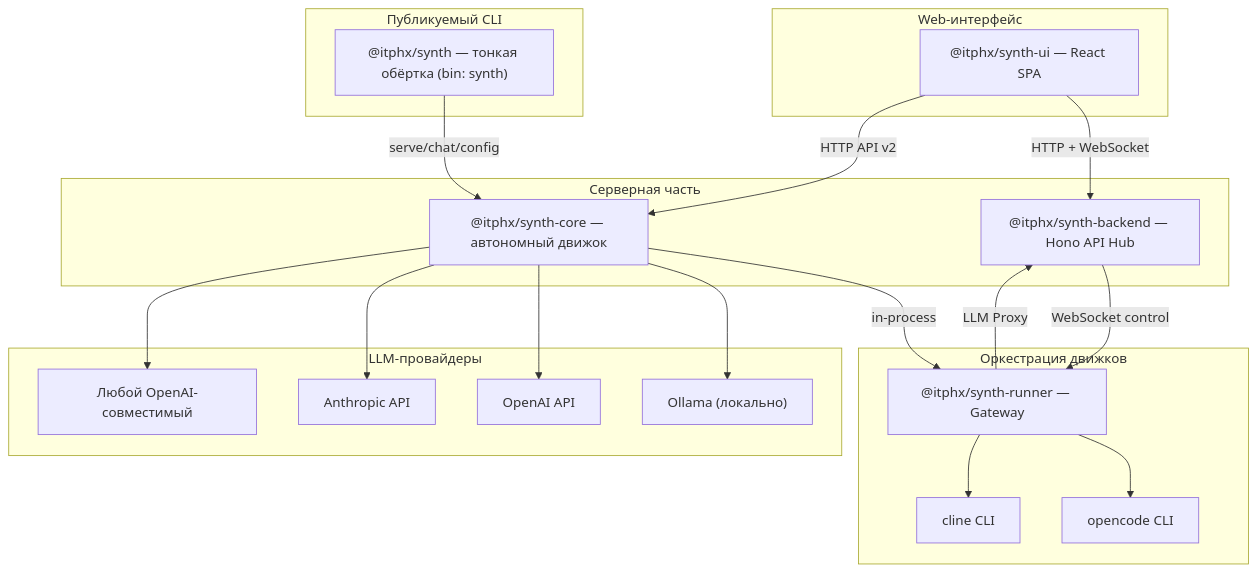
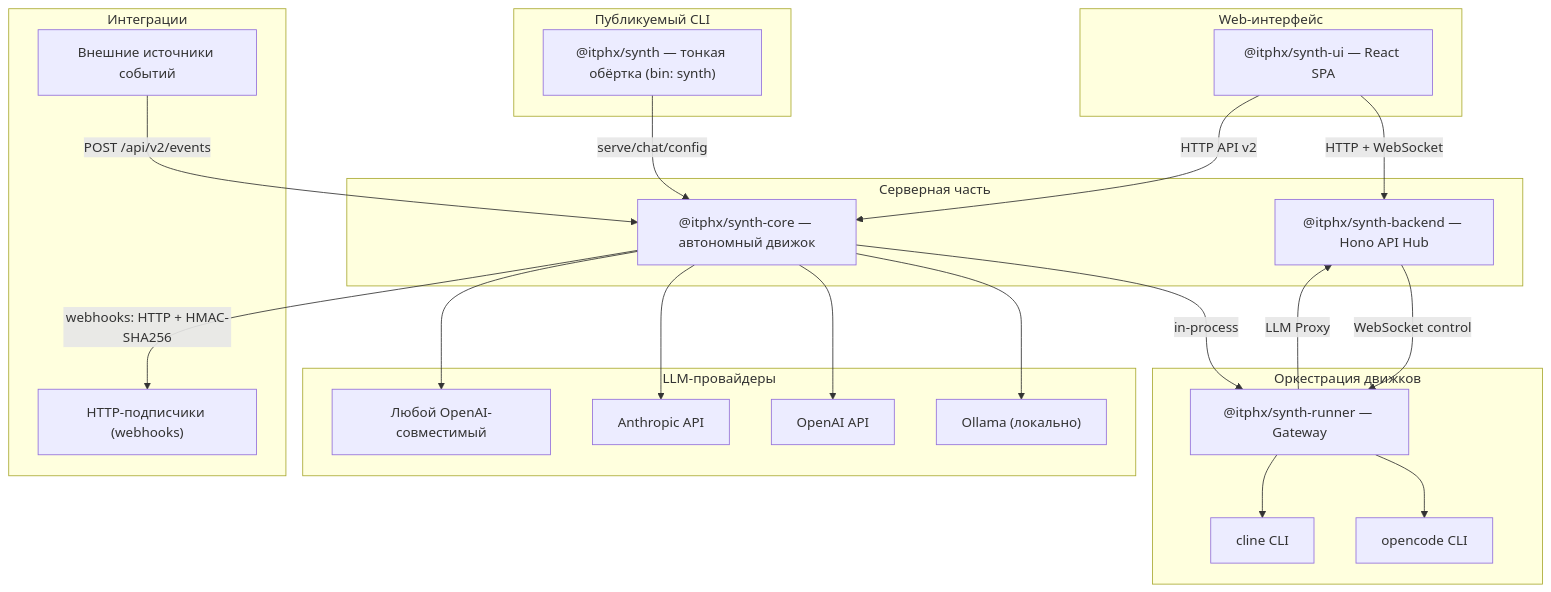
One commit to itphx/synth changed the first of 2 diagrams in docs/ARCHITECTURE.md. Above: the diagram before and after it, drawn with Mermaid. The commit also changed other lines of this file and 17 other files, not shown here.

````diff
--- a/docs/ARCHITECTURE.md
+++ b/docs/ARCHITECTURE.md
@@ -22,45 +22,53 @@
 ```mermaid
 flowchart TB
     subgraph UI["Web-интерфейс"]
         synth_ui["@itphx/synth-ui — React SPA"]
     end
 
     subgraph Server["Серверная часть"]
         synth_backend["@itphx/synth-backend — Hono API Hub"]
         synth_core["@itphx/synth-core — автономный движок"]
     end
 
     subgraph Runner["Оркестрация движков"]
         synth_runner["@itphx/synth-runner — Gateway"]
         opencode["opencode CLI"]
         cline["cline CLI"]
     end
 
     subgraph CLI["Публикуемый CLI"]
         synth_cli["@itphx/synth — тонкая обёртка (bin: synth)"]
     end
 
     subgraph LLM["LLM-провайдеры"]
         ollama["Ollama (локально)"]
         openai["OpenAI API"]
         anthropic["Anthropic API"]
         providers["Любой OpenAI-совместимый"]
     end
 
+    subgraph Integrations["Интеграции"]
+        event_sources["Внешние источники событий"]
+        webhook_targets["HTTP-подписчики (webhooks)"]
+    end
+
     synth_ui -->|HTTP + WebSocket| synth_backend
     synth_ui -->|HTTP API v2| synth_core
 
     synth_cli -->|serve/chat/config| synth_core
 
     synth_backend -->|WebSocket control| synth_runner
     synth_core -->|in-process| synth_runner
 
     synth_runner --> opencode
     synth_runner --> cline
     synth_runner -->|LLM Proxy| synth_backend
 
     synth_core --> ollama
     synth_core --> openai
     synth_core --> anthropic
     synth_core --> providers
+
+    event_sources -->|POST /api/v2/events| synth_core
+    synth_core -->|webhooks: HTTP + HMAC-SHA256| webhook_targets
 ```
````
